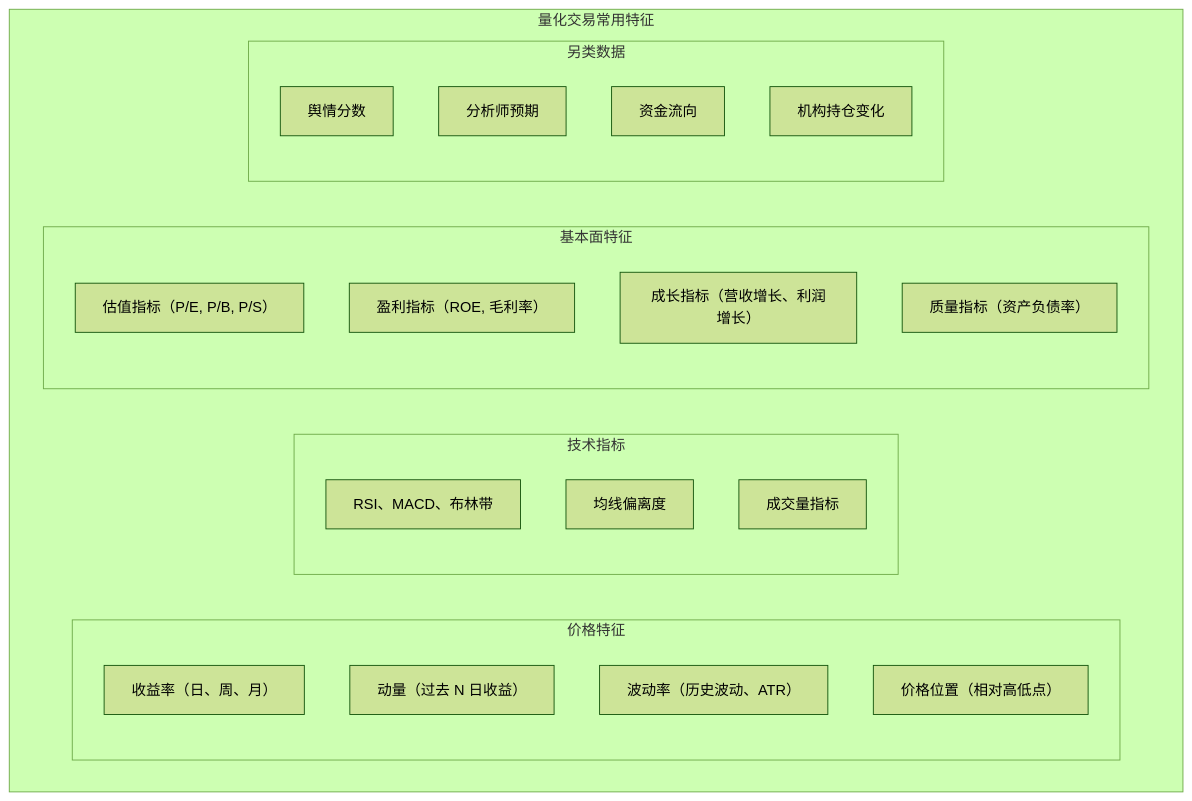
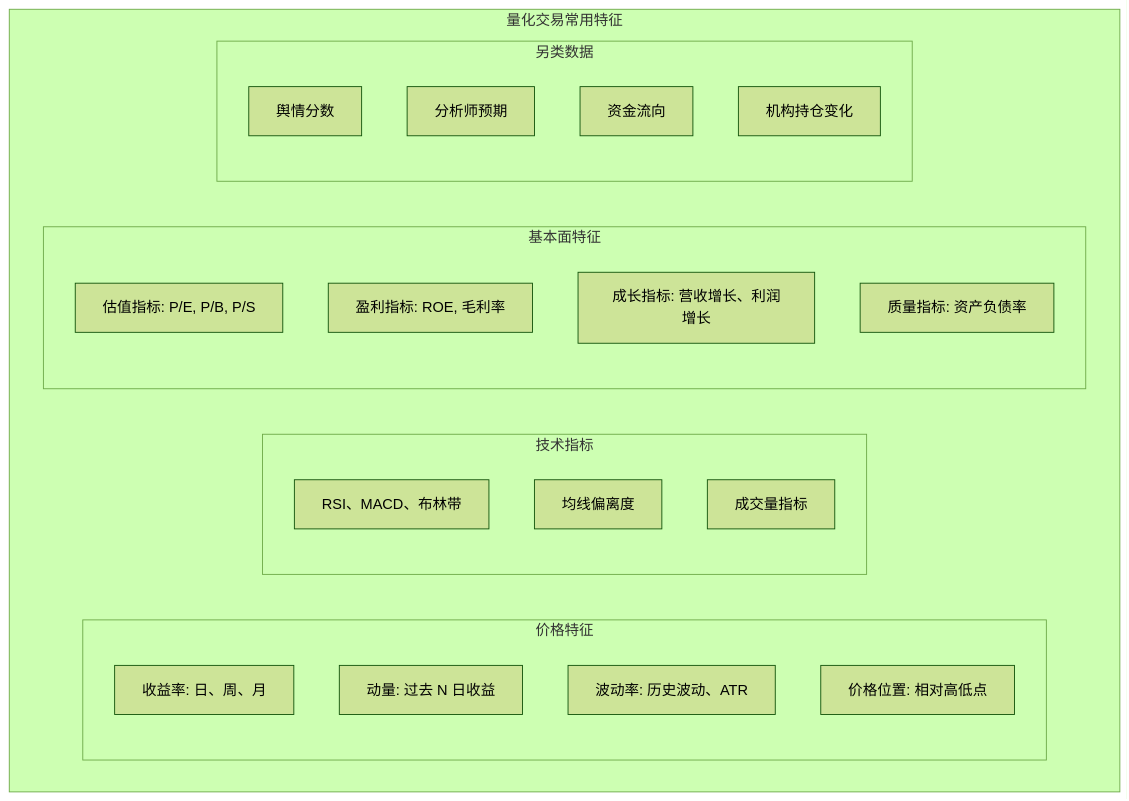
One commit to jpixy/jpixy.github.io changed the second of 11 diagrams in content/articles/quant/quant-07-机器学习量化实战.md. Above: the diagram before and after it, drawn with Mermaid (forest theme). The commit also changed other lines of this file and 66 other files, not shown here.

Commit message:
fix: resolve Mermaid syntax errors by removing parentheses in node labels

````diff
--- a/content/articles/quant/quant-07-机器学习量化实战.md
+++ b/content/articles/quant/quant-07-机器学习量化实战.md
@@ -76,28 +76,28 @@
 ```mermaid
 graph TB
     subgraph 特征类型["量化交易常用特征"]
         subgraph 价格特征
-            J1["收益率（日、周、月）"]
-            J2["动量（过去 N 日收益）"]
-            J3["波动率（历史波动、ATR）"]
-            J4["价格位置（相对高低点）"]
+            J1["收益率: 日、周、月"]
+            J2["动量: 过去 N 日收益"]
+            J3["波动率: 历史波动、ATR"]
+            J4["价格位置: 相对高低点"]
         end
         subgraph 技术指标
             T1["RSI、MACD、布林带"]
             T2["均线偏离度"]
             T3["成交量指标"]
         end
         subgraph 基本面特征
-            F1["估值指标（P/E, P/B, P/S）"]
-            F2["盈利指标（ROE, 毛利率）"]
-            F3["成长指标（营收增长、利润增长）"]
-            F4["质量指标（资产负债率）"]
+            F1["估值指标: P/E, P/B, P/S"]
+            F2["盈利指标: ROE, 毛利率"]
+            F3["成长指标: 营收增长、利润增长"]
+            F4["质量指标: 资产负债率"]
         end
         subgraph 另类数据
             L1["舆情分数"]
             L2["分析师预期"]
             L3["资金流向"]
             L4["机构持仓变化"]
         end
     end
 ```
````
